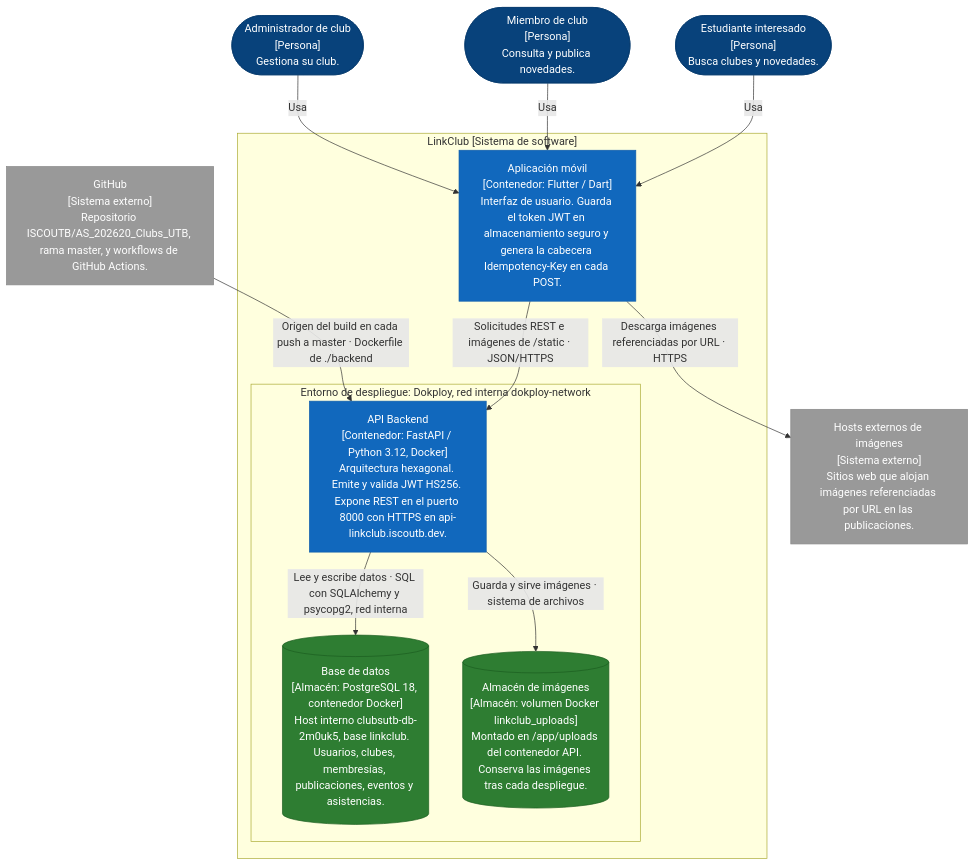
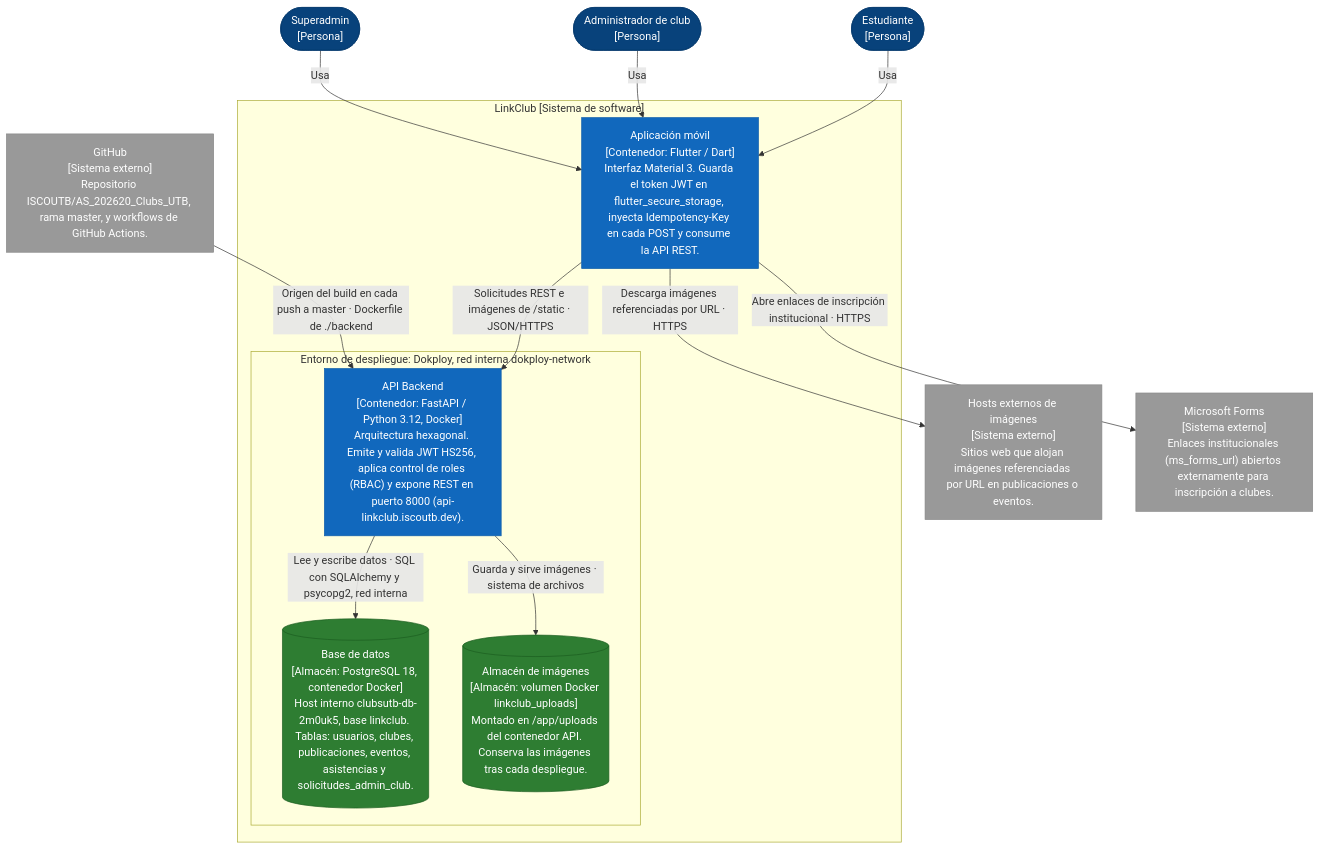
Before and after one commit to ISCOUTB/AS_202620_Clubs_UTB: the second of 3 diagrams in docs/c4/contexto.md, drawn with Mermaid. The commit also changed other lines of this file and 42 other files, not shown here.

````diff
--- a/docs/c4/contexto.md
+++ b/docs/c4/contexto.md
@@ -44,34 +33,36 @@
 ```mermaid
 graph TD
     classDef persona fill:#08427B,stroke:#073B6F,color:#fff;
     classDef contenedor fill:#1168BD,stroke:#105EAB,color:#fff;
     classDef almacen fill:#2E7D32,stroke:#1B5E20,color:#fff;
     classDef externo fill:#999999,stroke:#888888,color:#fff;
 
-    EI(["Estudiante interesado<br/>[Persona]<br/>Busca clubes y novedades."]):::persona
-    MC(["Miembro de club<br/>[Persona]<br/>Consulta y publica novedades."]):::persona
-    AC(["Administrador de club<br/>[Persona]<br/>Gestiona su club."]):::persona
+    EST(["Estudiante<br/>[Persona]"]):::persona
+    ADM(["Administrador de club<br/>[Persona]"]):::persona
+    SUP(["Superadmin<br/>[Persona]"]):::persona
 
     subgraph SYS["LinkClub [Sistema de software]"]
-        APP["Aplicación móvil<br/>[Contenedor: Flutter / Dart]<br/>Interfaz de usuario. Guarda el token JWT en almacenamiento seguro y genera la cabecera Idempotency-Key en cada POST."]:::contenedor
+        APP["Aplicación móvil<br/>[Contenedor: Flutter / Dart]<br/>Interfaz Material 3. Guarda el token JWT en flutter_secure_storage, inyecta Idempotency-Key en cada POST y consume la API REST."]:::contenedor
 
         subgraph DOK["Entorno de despliegue: Dokploy, red interna dokploy-network"]
-            API["API Backend<br/>[Contenedor: FastAPI / Python 3.12, Docker]<br/>Arquitectura hexagonal. Emite y valida JWT HS256. Expone REST en el puerto 8000 con HTTPS en api-linkclub.iscoutb.dev."]:::contenedor
-            DB[("Base de datos<br/>[Almacén: PostgreSQL 18, contenedor Docker]<br/>Host interno clubsutb-db-2m0uk5, base linkclub. Usuarios, clubes, membresías, publicaciones, eventos y asistencias.")]:::almacen
+            API["API Backend<br/>[Contenedor: FastAPI / Python 3.12, Docker]<br/>Arquitectura hexagonal. Emite y valida JWT HS256, aplica control de roles (RBAC) y expone REST en puerto 8000 (api-linkclub.iscoutb.dev)."]:::contenedor
+            DB[("Base de datos<br/>[Almacén: PostgreSQL 18, contenedor Docker]<br/>Host interno clubsutb-db-2m0uk5, base linkclub. Tablas: usuarios, clubes, publicaciones, eventos, asistencias y solicitudes_admin_club.")]:::almacen
             FS[("Almacén de imágenes<br/>[Almacén: volumen Docker linkclub_uploads]<br/>Montado en /app/uploads del contenedor API. Conserva las imágenes tras cada despliegue.")]:::almacen
         end
     end
 
     GH["GitHub<br/>[Sistema externo]<br/>Repositorio ISCOUTB/AS_202620_Clubs_UTB, rama master, y workflows de GitHub Actions."]:::externo
-    IMG["Hosts externos de imágenes<br/>[Sistema externo]<br/>Sitios web que alojan imágenes referenciadas por URL en las publicaciones."]:::externo
+    IMG["Hosts externos de imágenes<br/>[Sistema externo]<br/>Sitios web que alojan imágenes referenciadas por URL en publicaciones o eventos."]:::externo
+    FORMS["Microsoft Forms<br/>[Sistema externo]<br/>Enlaces institucionales (ms_forms_url) abiertos externamente para inscripción a clubes."]:::externo
 
-    EI -->|"Usa"| APP
-    MC -->|"Usa"| APP
-    AC -->|"Usa"| APP
+    EST -->|"Usa"| APP
+    ADM -->|"Usa"| APP
+    SUP -->|"Usa"| APP
 
     APP -->|"Solicitudes REST e imágenes de /static · JSON/HTTPS"| API
     APP -->|"Descarga imágenes referenciadas por URL · HTTPS"| IMG
+    APP -->|"Abre enlaces de inscripción institucional · HTTPS"| FORMS
     API -->|"Lee y escribe datos · SQL con SQLAlchemy y psycopg2, red interna"| DB
     API -->|"Guarda y sirve imágenes · sistema de archivos"| FS
     GH -->|"Origen del build en cada push a master · Dockerfile de ./backend"| API
 ```
````
